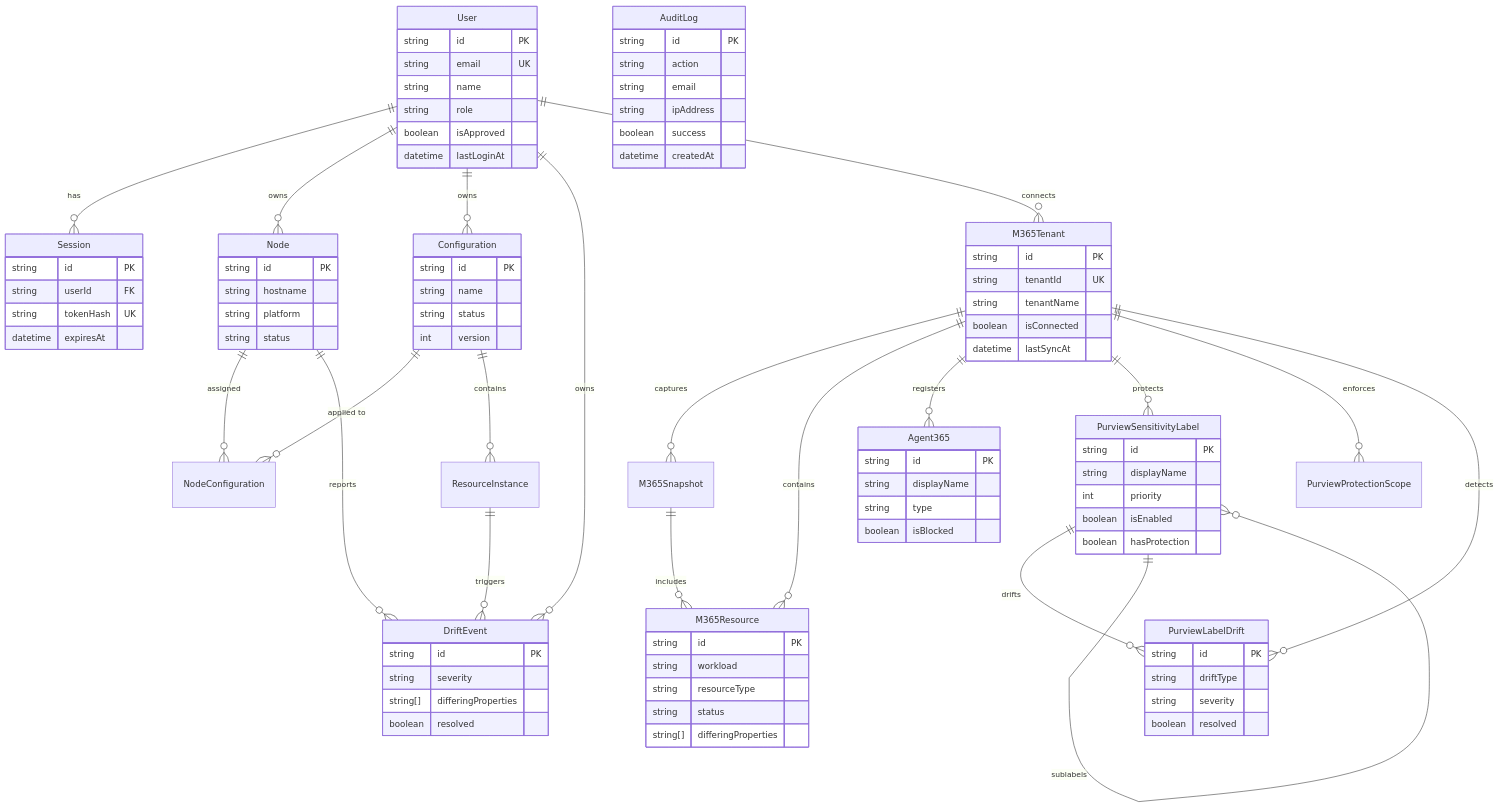
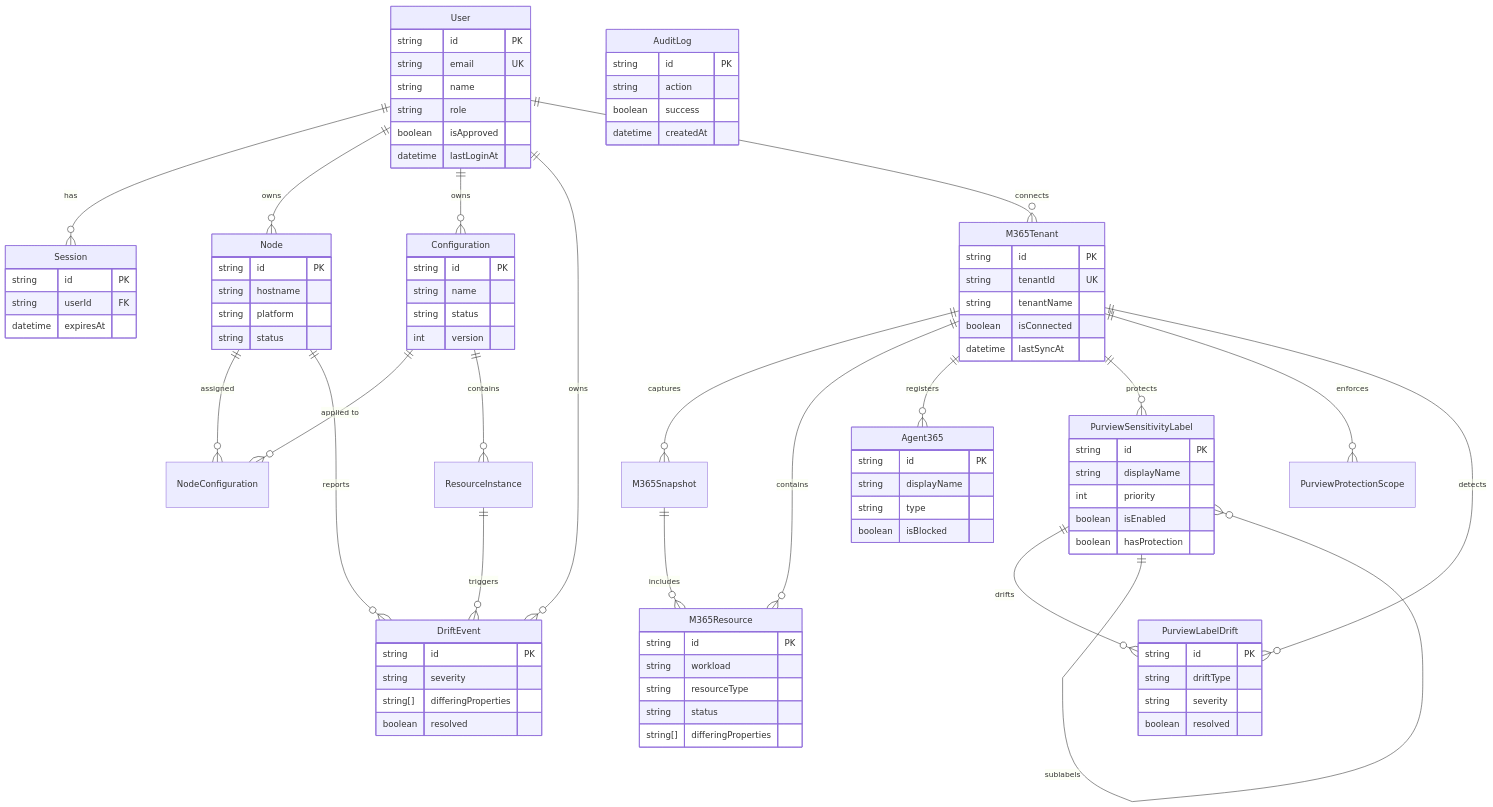
Before and after one commit to justinericsnyder/M365DSCDash: the fourth of 6 diagrams in README.md, drawn with Mermaid. The commit also changed other lines of this file, not shown here.

Commit message:
docs: harden OAuth2 flow and security diagrams — remove implementation details, strategies, thresholds, storage patterns

```diff
--- a/README.md
+++ b/README.md
@@ -266,7 +258,6 @@
     Session {
         string id PK
         string userId FK
-        string tokenHash UK
         datetime expiresAt
     }
 
@@ -332,8 +323,6 @@
     AuditLog {
         string id PK
         string action
-        string email
-        string ipAddress
         boolean success
         datetime createdAt
     }
```
